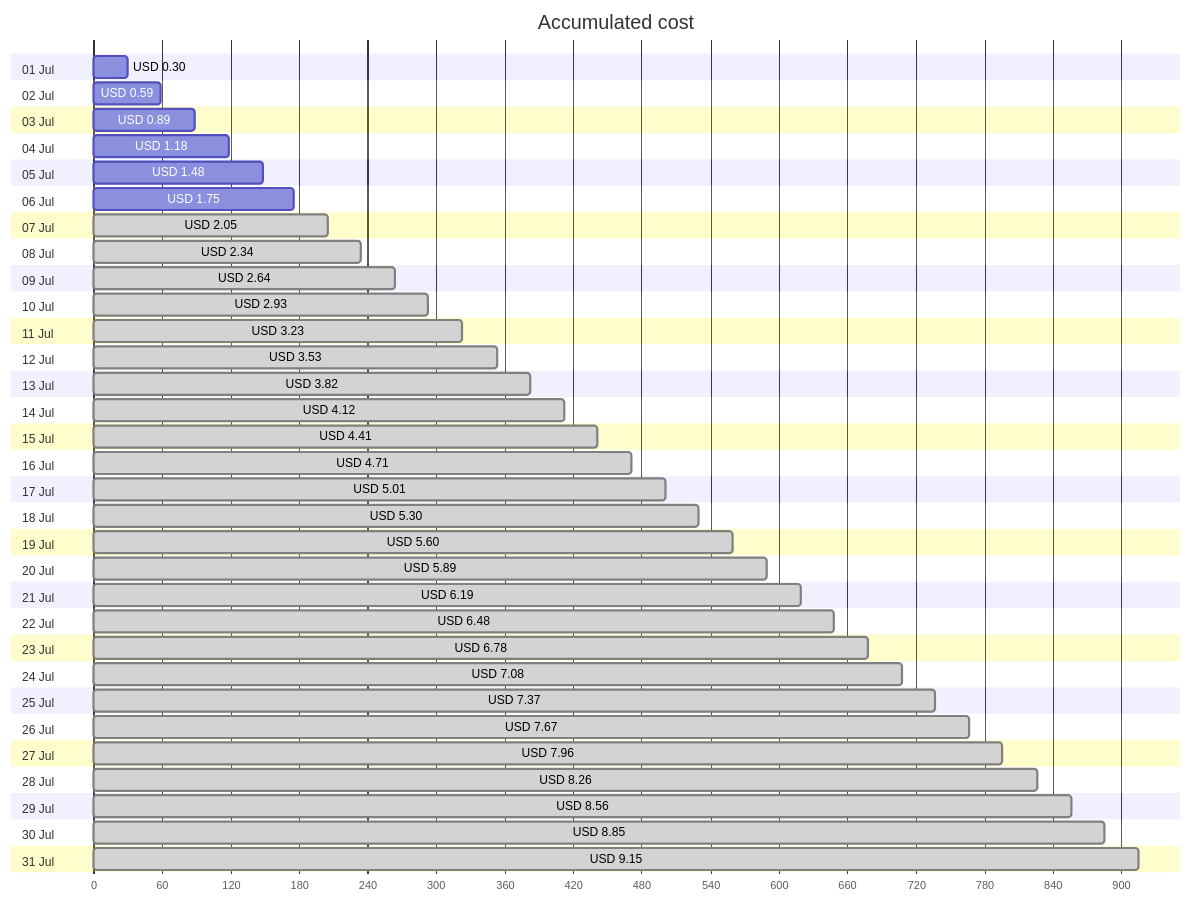
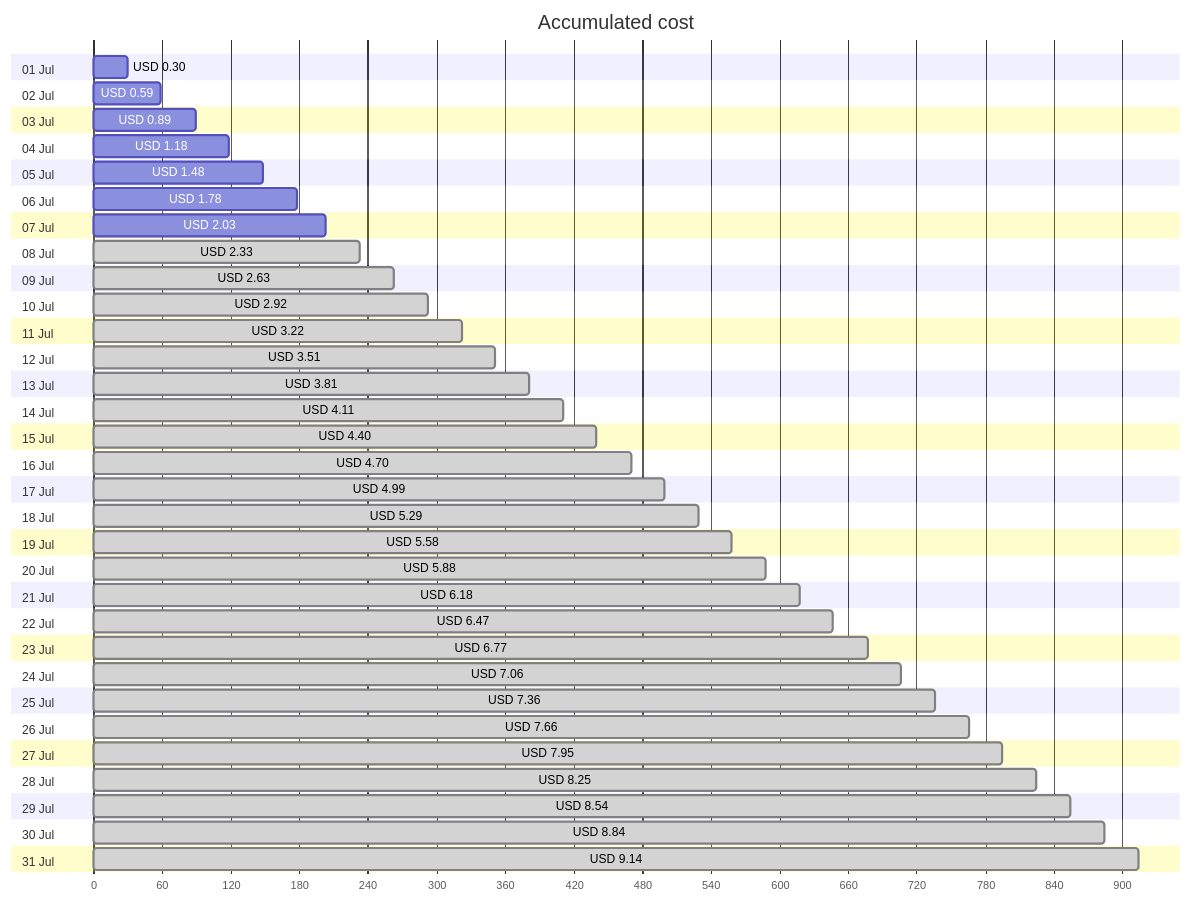
The first of 4 diagrams in cost-reports/personal-site/personal-site-preview.md (jpfulton/azure-personal-reports), drawn with Mermaid before and after one commit. The commit also changed other lines of this file and 6 other files, not shown here.

````diff
--- a/cost-reports/personal-site/personal-site-preview.md
+++ b/cost-reports/personal-site/personal-site-preview.md
@@ -20,68 +20,68 @@
 ```mermaid
 gantt
    title Accumulated cost
    dateFormat  X
    axisFormat %s
    section 01 Jul
    USD 0.30 :0, 30
    section 02 Jul
    USD 0.59 :0, 59
    section 03 Jul
    USD 0.89 :0, 89
    section 04 Jul
    USD 1.18 :0, 118
    section 05 Jul
    USD 1.48 :0, 148
    section 06 Jul
-   USD 1.75 :0, 175
+   USD 1.78 :0, 178
    section 07 Jul
-   USD 2.05 : done, 0, 205
+   USD 2.03 :0, 203
    section 08 Jul
-   USD 2.34 : done, 0, 234
+   USD 2.33 : done, 0, 233
    section 09 Jul
-   USD 2.64 : done, 0, 264
+   USD 2.63 : done, 0, 263
    section 10 Jul
-   USD 2.93 : done, 0, 293
+   USD 2.92 : done, 0, 292
    section 11 Jul
-   USD 3.23 : done, 0, 323
+   USD 3.22 : done, 0, 322
    section 12 Jul
-   USD 3.53 : done, 0, 353
+   USD 3.51 : done, 0, 351
    section 13 Jul
-   USD 3.82 : done, 0, 382
+   USD 3.81 : done, 0, 381
    section 14 Jul
-   USD 4.12 : done, 0, 412
+   USD 4.11 : done, 0, 411
    section 15 Jul
-   USD 4.41 : done, 0, 441
+   USD 4.40 : done, 0, 440
    section 16 Jul
-   USD 4.71 : done, 0, 471
+   USD 4.70 : done, 0, 470
    section 17 Jul
-   USD 5.01 : done, 0, 501
+   USD 4.99 : done, 0, 499
    section 18 Jul
-   USD 5.30 : done, 0, 530
+   USD 5.29 : done, 0, 529
    section 19 Jul
-   USD 5.60 : done, 0, 560
+   USD 5.58 : done, 0, 558
    section 20 Jul
-   USD 5.89 : done, 0, 589
+   USD 5.88 : done, 0, 588
    section 21 Jul
-   USD 6.19 : done, 0, 619
+   USD 6.18 : done, 0, 618
    section 22 Jul
-   USD 6.48 : done, 0, 648
+   USD 6.47 : done, 0, 647
    section 23 Jul
-   USD 6.78 : done, 0, 678
+   USD 6.77 : done, 0, 677
    section 24 Jul
-   USD 7.08 : done, 0, 708
+   USD 7.06 : done, 0, 706
    section 25 Jul
-   USD 7.37 : done, 0, 737
+   USD 7.36 : done, 0, 736
    section 26 Jul
-   USD 7.67 : done, 0, 767
+   USD 7.66 : done, 0, 766
    section 27 Jul
-   USD 7.96 : done, 0, 796
+   USD 7.95 : done, 0, 795
    section 28 Jul
-   USD 8.26 : done, 0, 826
+   USD 8.25 : done, 0, 825
    section 29 Jul
-   USD 8.56 : done, 0, 856
+   USD 8.54 : done, 0, 854
    section 30 Jul
-   USD 8.85 : done, 0, 885
+   USD 8.84 : done, 0, 884
    section 31 Jul
-   USD 9.15 : done, 0, 915
+   USD 9.14 : done, 0, 914
 ```
````
